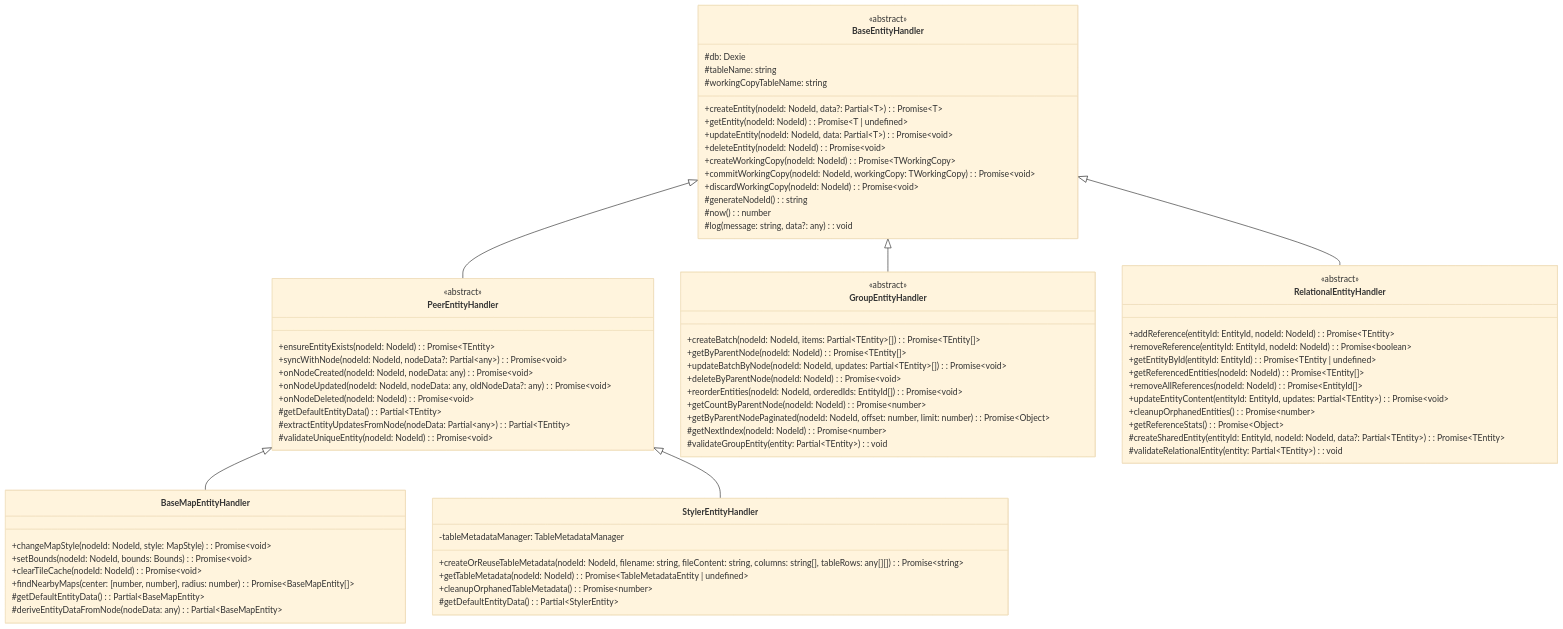
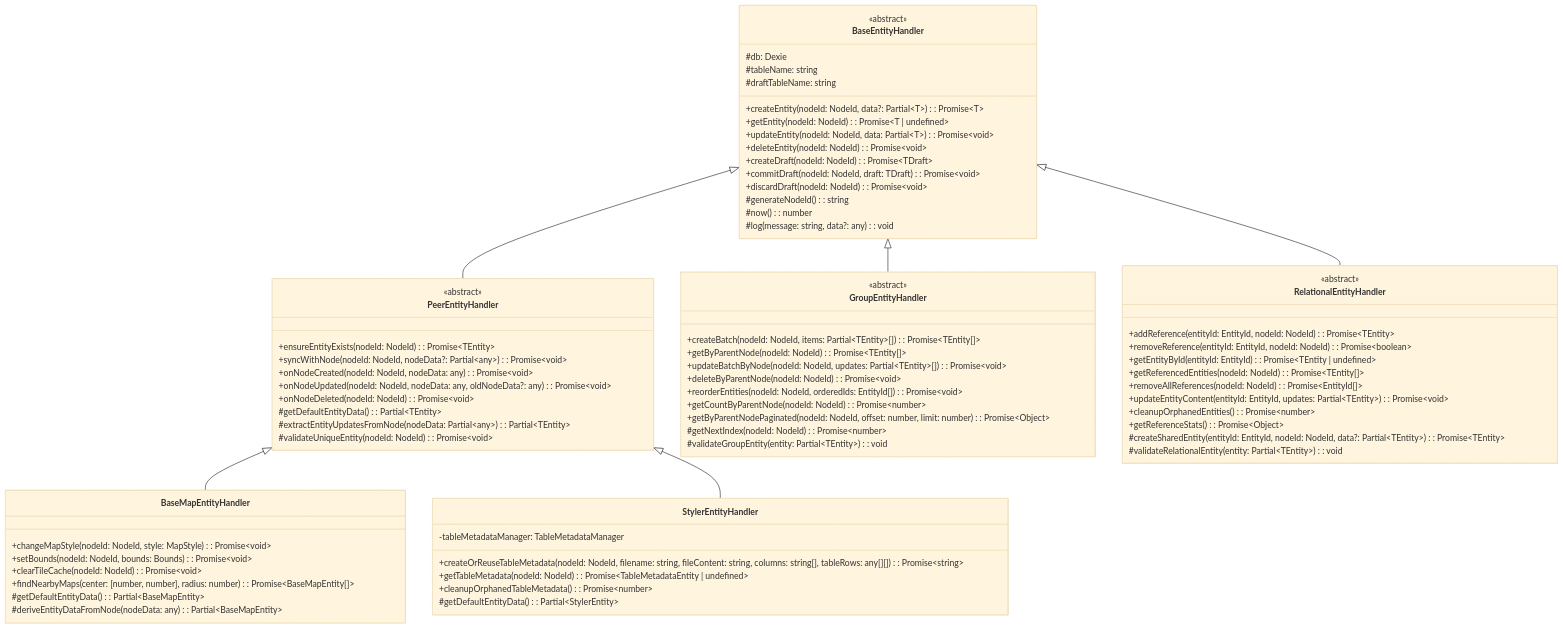
The second of 18 diagrams in docs/deprecated/REPORT/technical-architecture-specification.md (kubohiroya/hierarchidb), drawn with Mermaid (base theme) before and after one commit. The commit also changed other lines of this file and 796 other files, not shown here.

````diff
--- a/docs/deprecated/REPORT/technical-architecture-specification.md
+++ b/docs/deprecated/REPORT/technical-architecture-specification.md
@@ -82,81 +82,81 @@
 ```mermaid
 classDiagram
     class BaseEntityHandler {
         <<abstract>>
         #db: Dexie
         #tableName: string
-        #workingCopyTableName: string
+        #draftTableName: string
         +createEntity(nodeId: NodeId, data?: Partial~T~): Promise~T~
         +getEntity(nodeId: NodeId): Promise~T | undefined~
         +updateEntity(nodeId: NodeId, data: Partial~T~): Promise~void~
         +deleteEntity(nodeId: NodeId): Promise~void~
-        +createWorkingCopy(nodeId: NodeId): Promise~TWorkingCopy~
-        +commitWorkingCopy(nodeId: NodeId, workingCopy: TWorkingCopy): Promise~void~
-        +discardWorkingCopy(nodeId: NodeId): Promise~void~
+        +createDraft(nodeId: NodeId): Promise~TDraft~
+        +commitDraft(nodeId: NodeId, draft: TDraft): Promise~void~
+        +discardDraft(nodeId: NodeId): Promise~void~
         #generateNodeId(): string
         #now(): number
         #log(message: string, data?: any): void
     }
 
     class PeerEntityHandler {
         <<abstract>>
         +ensureEntityExists(nodeId: NodeId): Promise~TEntity~
         +syncWithNode(nodeId: NodeId, nodeData?: Partial~any~): Promise~void~
         +onNodeCreated(nodeId: NodeId, nodeData: any): Promise~void~
         +onNodeUpdated(nodeId: NodeId, nodeData: any, oldNodeData?: any): Promise~void~
         +onNodeDeleted(nodeId: NodeId): Promise~void~
         #getDefaultEntityData(): Partial~TEntity~
         #extractEntityUpdatesFromNode(nodeData: Partial~any~): Partial~TEntity~
         #validateUniqueEntity(nodeId: NodeId): Promise~void~
     }
 
     class GroupEntityHandler {
         <<abstract>>
         +createBatch(nodeId: NodeId, items: Partial~TEntity~[]): Promise~TEntity[]~
         +getByParentNode(nodeId: NodeId): Promise~TEntity[]~
         +updateBatchByNode(nodeId: NodeId, updates: Partial~TEntity~[]): Promise~void~
         +deleteByParentNode(nodeId: NodeId): Promise~void~
         +reorderEntities(nodeId: NodeId, orderedIds: EntityId[]): Promise~void~
         +getCountByParentNode(nodeId: NodeId): Promise~number~
         +getByParentNodePaginated(nodeId: NodeId, offset: number, limit: number): Promise~Object~
         #getNextIndex(nodeId: NodeId): Promise~number~
         #validateGroupEntity(entity: Partial~TEntity~): void
     }
 
     class RelationalEntityHandler {
         <<abstract>>
         +addReference(entityId: EntityId, nodeId: NodeId): Promise~TEntity~
         +removeReference(entityId: EntityId, nodeId: NodeId): Promise~boolean~
         +getEntityById(entityId: EntityId): Promise~TEntity | undefined~
         +getReferencedEntities(nodeId: NodeId): Promise~TEntity[]~
         +removeAllReferences(nodeId: NodeId): Promise~EntityId[]~
         +updateEntityContent(entityId: EntityId, updates: Partial~TEntity~): Promise~void~
         +cleanupOrphanedEntities(): Promise~number~
         +getReferenceStats(): Promise~Object~
         #createSharedEntity(entityId: EntityId, nodeId: NodeId, data?: Partial~TEntity~): Promise~TEntity~
         #validateRelationalEntity(entity: Partial~TEntity~): void
     }
 
     class BaseMapEntityHandler {
         +changeMapStyle(nodeId: NodeId, style: MapStyle): Promise~void~
         +setBounds(nodeId: NodeId, bounds: Bounds): Promise~void~
         +clearTileCache(nodeId: NodeId): Promise~void~
         +findNearbyMaps(center: [number, number], radius: number): Promise~BaseMapEntity[]~
         #getDefaultEntityData(): Partial~BaseMapEntity~
         #deriveEntityDataFromNode(nodeData: any): Partial~BaseMapEntity~
     }
 
     class StylerEntityHandler {
         -tableMetadataManager: TableMetadataManager
         +createOrReuseTableMetadata(nodeId: NodeId, filename: string, fileContent: string, columns: string[], tableRows: any[][]): Promise~string~
         +getTableMetadata(nodeId: NodeId): Promise~TableMetadataEntity | undefined~
         +cleanupOrphanedTableMetadata(): Promise~number~
         #getDefaultEntityData(): Partial~StylerEntity~
     }
 
     BaseEntityHandler <|-- PeerEntityHandler
     BaseEntityHandler <|-- GroupEntityHandler
     BaseEntityHandler <|-- RelationalEntityHandler
     PeerEntityHandler <|-- BaseMapEntityHandler
     PeerEntityHandler <|-- StylerEntityHandler
 ```
````
